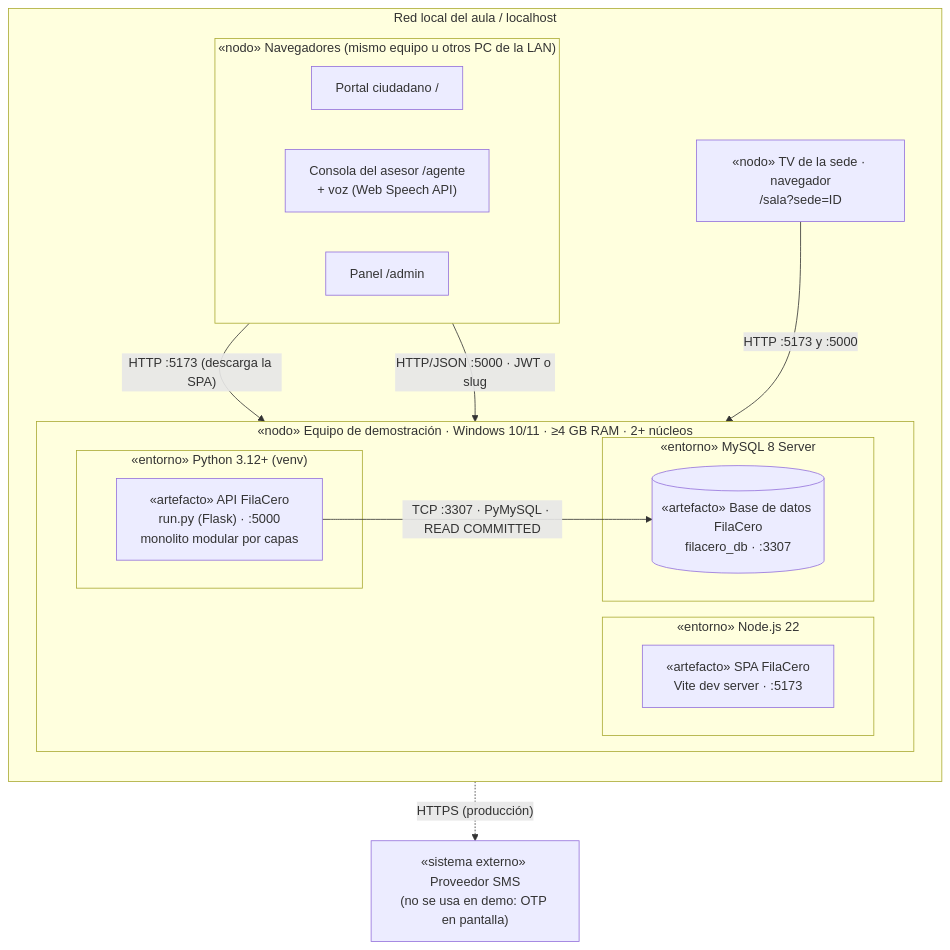
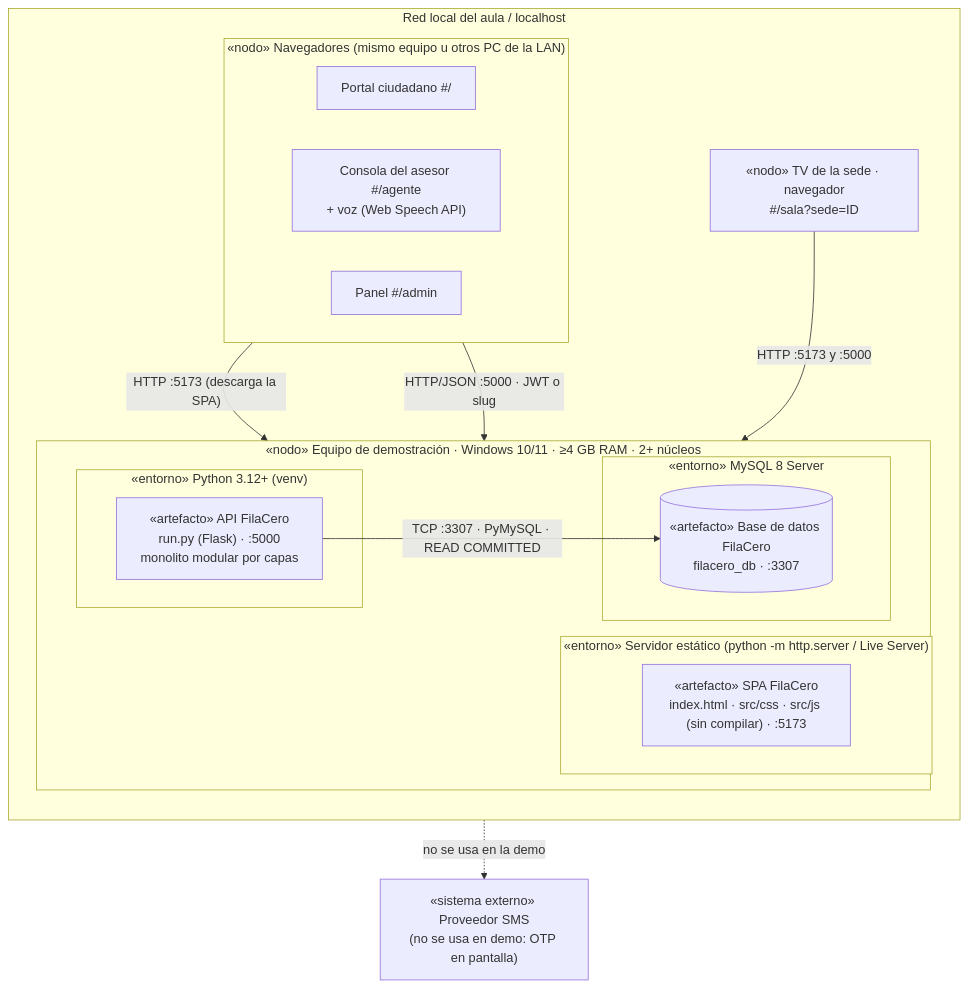
Before and after one commit to ElkinUCC/FilaCero: the diagram in docs/arquitectura/06-despliegue.md, drawn with Mermaid. The commit also changed other lines of this file and 137 other files, not shown here.

````diff
--- a/docs/arquitectura/06-despliegue.md
+++ b/docs/arquitectura/06-despliegue.md
@@ -8,31 +8,31 @@
 ```mermaid
 flowchart TB
     subgraph LAN["Red local del aula / localhost"]
         direction TB
         subgraph EQ["«nodo» Equipo de demostración · Windows 10/11 · ≥4 GB RAM · 2+ núcleos"]
             direction LR
-            subgraph NODE["«entorno» Node.js 22"]
-                SPA["«artefacto» SPA FilaCero<br/>Vite dev server · :5173"]
+            subgraph WEB["«entorno» Servidor estático (python -m http.server / Live Server)"]
+                SPA["«artefacto» SPA FilaCero<br/>index.html · src/css · src/js (sin compilar) · :5173"]
             end
             subgraph PY["«entorno» Python 3.12+ (venv)"]
                 API["«artefacto» API FilaCero<br/>run.py (Flask) · :5000<br/>monolito modular por capas"]
             end
             subgraph DBMS["«entorno» MySQL 8 Server"]
                 BD[("«artefacto» Base de datos FilaCero<br/>filacero_db · :3307")]
             end
         end
         subgraph NAV["«nodo» Navegadores (mismo equipo u otros PC de la LAN)"]
-            P1["Portal ciudadano /"]
-            P2["Consola del asesor /agente<br/>+ voz (Web Speech API)"]
-            P3["Panel /admin"]
+            P1["Portal ciudadano #/"]
+            P2["Consola del asesor #/agente<br/>+ voz (Web Speech API)"]
+            P3["Panel #/admin"]
         end
-        TV["«nodo» TV de la sede · navegador<br/>/sala?sede=ID"]
+        TV["«nodo» TV de la sede · navegador<br/>#/sala?sede=ID"]
     end
     SMS["«sistema externo» Proveedor SMS<br/>(no se usa en demo: OTP en pantalla)"]
 
     NAV -- "HTTP :5173 (descarga la SPA)" --> SPA
     NAV -- "HTTP/JSON :5000 · JWT o slug" --> API
     TV -- "HTTP :5173 y :5000" --> EQ
     API -- "TCP :3307 · PyMySQL · READ COMMITTED" --> BD
-    API -. "HTTPS (producción)" .-> SMS
+    API -. "no se usa en la demo" .-> SMS
 ```
````
